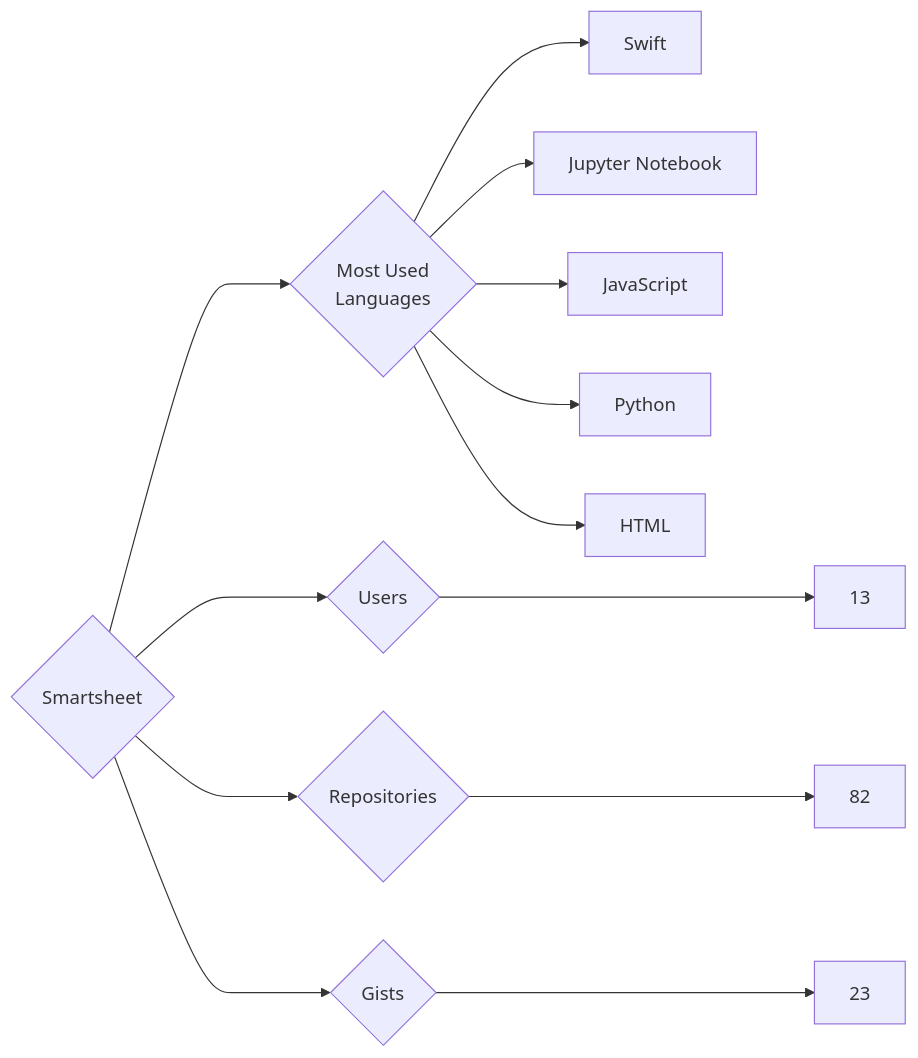
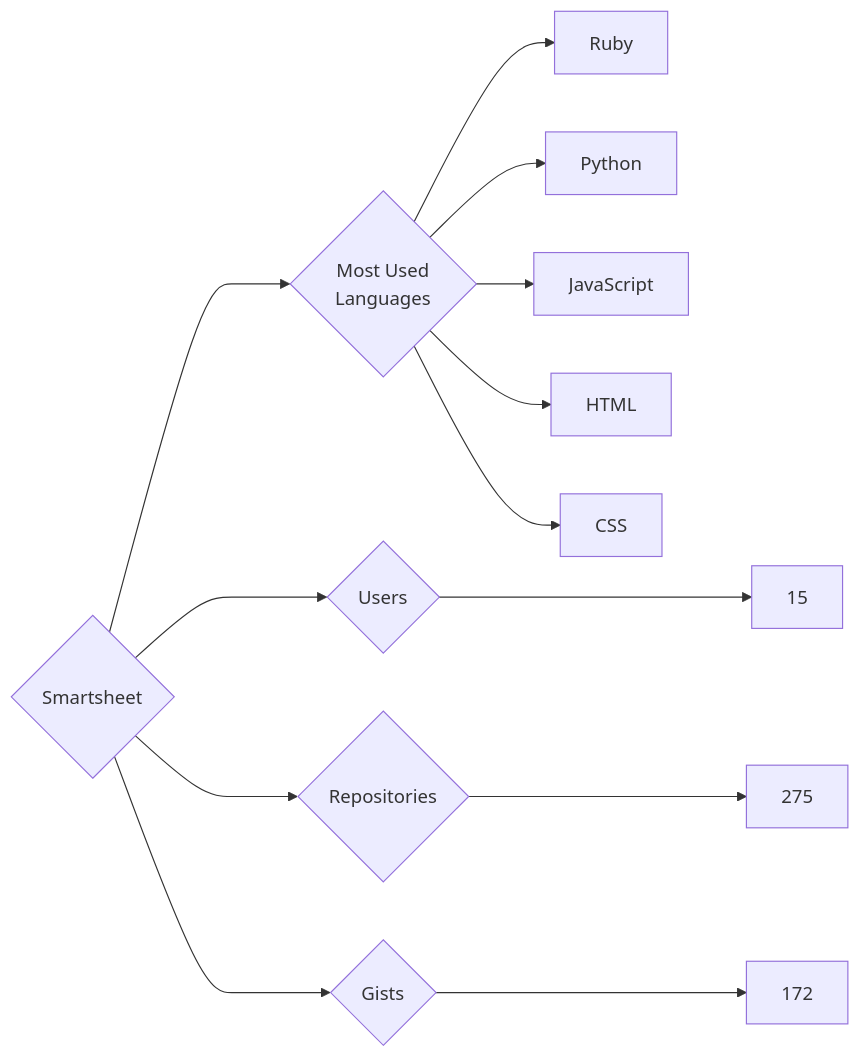
One commit to trickest/insiders changed the diagram in targets/Smartsheet/README.md. Above: the diagram before and after it, drawn with Mermaid. The commit also changed 728 other files, not shown here.

````diff
--- a/targets/Smartsheet/README.md
+++ b/targets/Smartsheet/README.md
@@ -3,13 +3,13 @@
 ```mermaid
 graph LR
 COMPANY_NAME{Smartsheet}
-COMPANY_NAME ---> U{Users} ---> UN[13]
-COMPANY_NAME ---> R{Repositories} ---> RN[82]
-COMPANY_NAME ---> G{Gists} ---> GN[23]
+COMPANY_NAME ---> U{Users} ---> UN[15]
+COMPANY_NAME ---> R{Repositories} ---> RN[275]
+COMPANY_NAME ---> G{Gists} ---> GN[172]
 COMPANY_NAME ---> ML{Most Used<br>Languages}
-ML --> Swift[Swift]
-ML --> Jupyter_Notebook[Jupyter Notebook]
+ML --> Ruby[Ruby]
+ML --> Python[Python]
 ML --> JavaScript[JavaScript]
-ML --> Python[Python]
 ML --> HTML[HTML]
+ML --> CSS[CSS]
 ```
````
